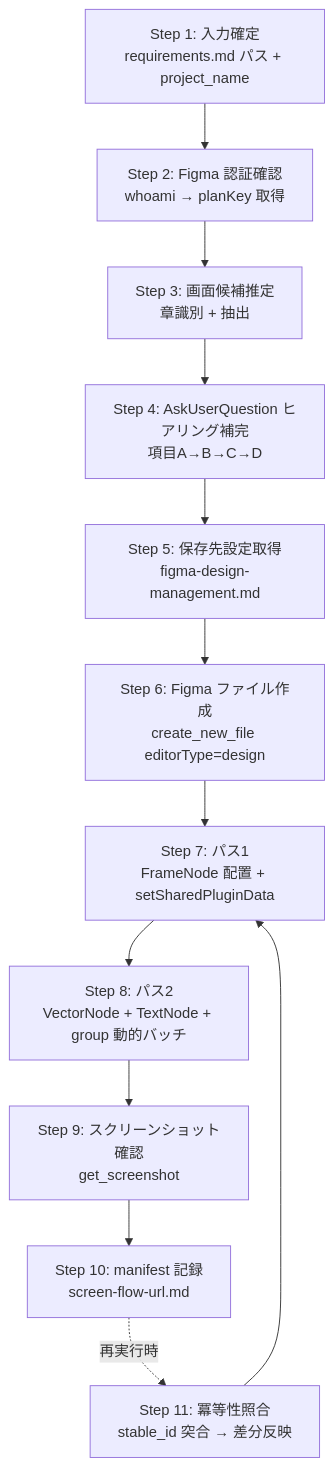
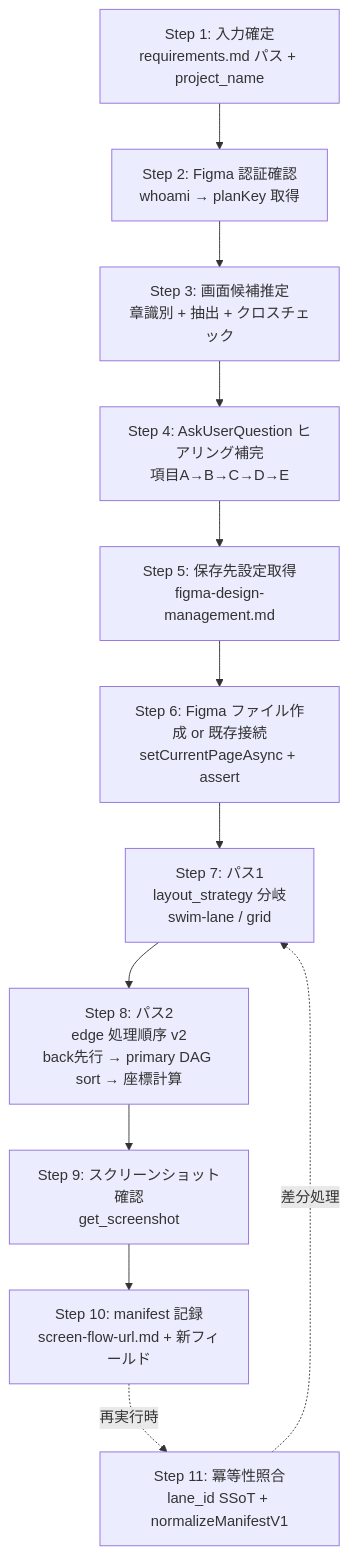
The diagram in .claude/skills/einja-project-screen-flow-figma/SKILL.md (einja-inc/einja-management-template), drawn with Mermaid before and after one commit. The commit also changed other lines of this file and 4 other files, not shown here.

First line of the commit message:
feat: einja-project-screen-flow-figma Skill を改修 (swim-lane + Edge v2 + クロスチェック)

````diff
--- a/.claude/skills/einja-project-screen-flow-figma/SKILL.md
+++ b/.claude/skills/einja-project-screen-flow-figma/SKILL.md
@@ -38,14 +38,14 @@
 ```mermaid
 flowchart TB
   S1[Step 1: 入力確定<br/>requirements.md パス + project_name] --> S2[Step 2: Figma 認証確認<br/>whoami → planKey 取得]
-  S2 --> S3[Step 3: 画面候補推定<br/>章識別 + 抽出]
-  S3 --> S4[Step 4: AskUserQuestion ヒアリング補完<br/>項目A→B→C→D]
+  S2 --> S3[Step 3: 画面候補推定<br/>章識別 + 抽出 + クロスチェック]
+  S3 --> S4[Step 4: AskUserQuestion ヒアリング補完<br/>項目A→B→C→D→E]
   S4 --> S5[Step 5: 保存先設定取得<br/>figma-design-management.md]
-  S5 --> S6[Step 6: Figma ファイル作成<br/>create_new_file editorType=design]
-  S6 --> S7[Step 7: パス1<br/>FrameNode 配置 + setSharedPluginData]
-  S7 --> S8[Step 8: パス2<br/>VectorNode + TextNode + group 動的バッチ]
+  S5 --> S6[Step 6: Figma ファイル作成 or 既存接続<br/>setCurrentPageAsync + assert]
+  S6 --> S7[Step 7: パス1<br/>layout_strategy 分岐<br/>swim-lane / grid]
+  S7 --> S8[Step 8: パス2<br/>edge 処理順序 v2<br/>back先行 → primary DAG sort → 座標計算]
   S8 --> S9[Step 9: スクリーンショット確認<br/>get_screenshot]
-  S9 --> S10[Step 10: manifest 記録<br/>screen-flow-url.md]
-  S10 -.再実行時.-> S11[Step 11: 冪等性照合<br/>stable_id 突合 → 差分反映]
-  S11 --> S7
+  S9 --> S10[Step 10: manifest 記録<br/>screen-flow-url.md + 新フィールド]
+  S10 -.再実行時.-> S11[Step 11: 冪等性照合<br/>lane_id SSoT + normalizeManifestV1]
+  S11 -.差分処理.-> S7
 ```
````
